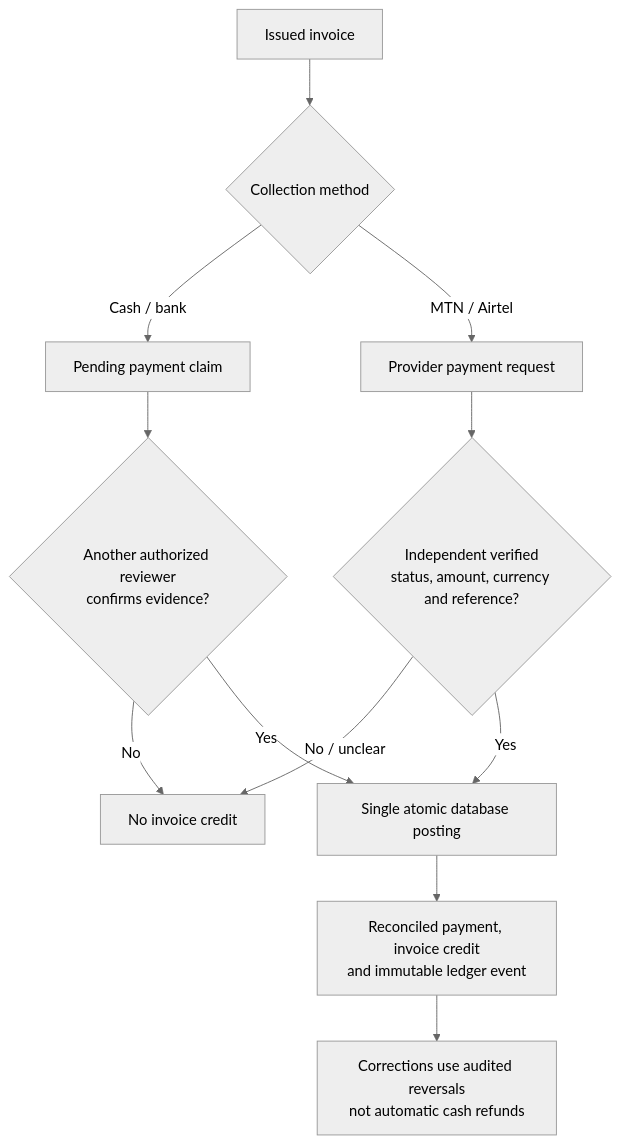
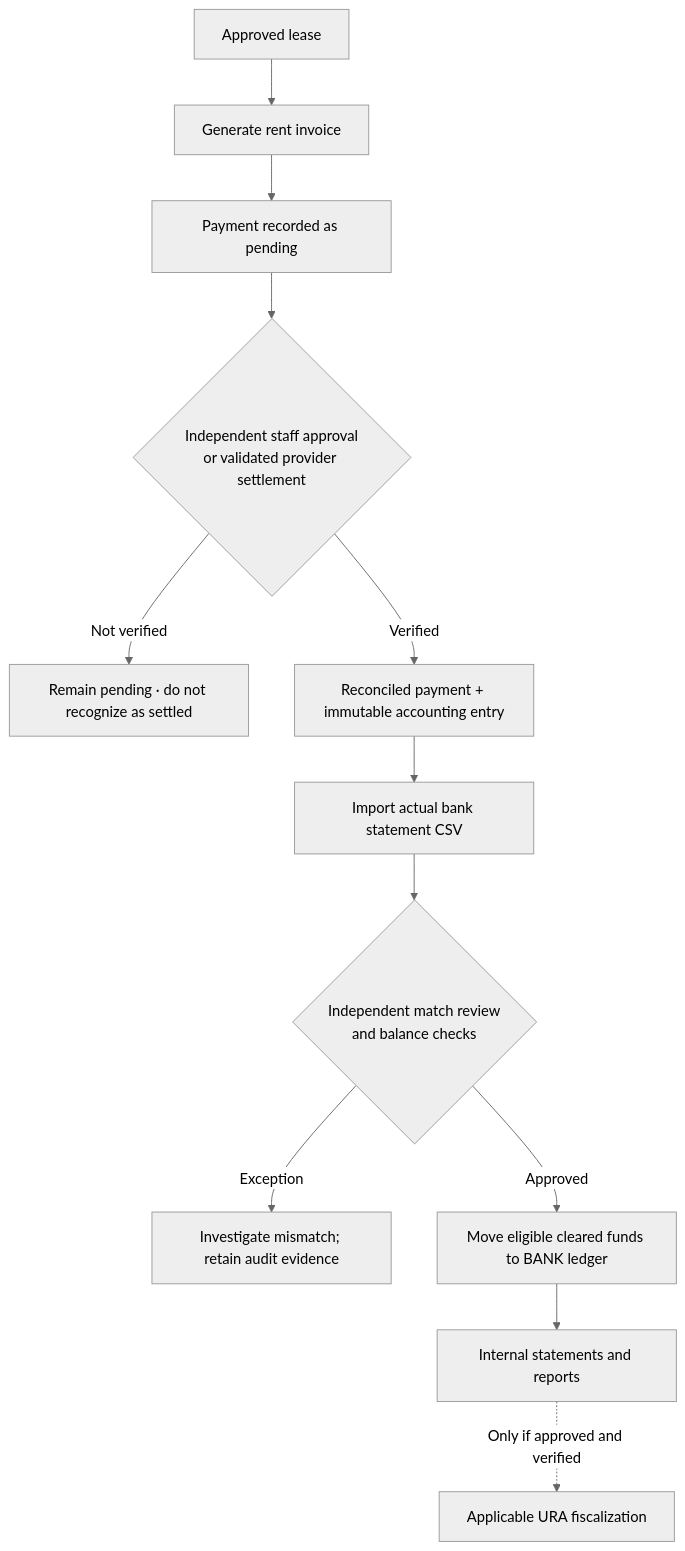
The second of 3 diagrams in README.md (PerezChris99/Kats-Property-Management), drawn with Mermaid (neutral theme) before and after one commit. The commit also changed other lines of this file, not shown here.

Commit message:
docs(readme): concise project overview, verified stack, architecture and finance flows, developer onboarding and launch boundaries

```diff
--- a/README.md
+++ b/README.md
@@ -215,14 +55,14 @@
 ~~~mermaid
 flowchart TD
-    INV["Issued invoice"] --> METHOD{"Collection method"}
-    METHOD -- "Cash / bank" --> PENDING["Pending payment claim"]
-    PENDING --> MAKER{"Another authorized reviewer<br/>confirms evidence?"}
-    MAKER -- "No" --> HOLD["No invoice credit"]
-    METHOD -- "MTN / Airtel" --> REQUEST["Provider payment request"]
-    REQUEST --> VERIFY{"Independent verified<br/>status, amount, currency and reference?"}
-    VERIFY -- "No / unclear" --> HOLD
-    VERIFY -- "Yes" --> POST["Single atomic database posting"]
-    MAKER -- "Yes" --> POST
-    POST --> LEDGER["Reconciled payment, invoice credit<br/>and immutable ledger event"]
-    LEDGER --> REVERSE["Corrections use audited reversals<br/>not automatic cash refunds"]
+    LEASE["Approved lease"] --> INVOICE["Generate rent invoice"]
+    INVOICE --> PENDING["Payment recorded as pending"]
+    PENDING --> CHECK{"Independent staff approval<br/>or validated provider settlement"}
+    CHECK -->|"Not verified"| HOLD["Remain pending · do not recognize as settled"]
+    CHECK -->|"Verified"| RECEIPT["Reconciled payment + immutable accounting entry"]
+    RECEIPT --> BANKCSV["Import actual bank statement CSV"]
+    BANKCSV --> MATCH{"Independent match review<br/>and balance checks"}
+    MATCH -->|"Exception"| REVIEW["Investigate mismatch; retain audit evidence"]
+    MATCH -->|"Approved"| BANKGL["Move eligible cleared funds to BANK ledger"]
+    BANKGL --> REPORT["Internal statements and reports"]
+    REPORT -. "Only if approved and verified" .-> FISCAL["Applicable URA fiscalization"]
 ~~~
```
